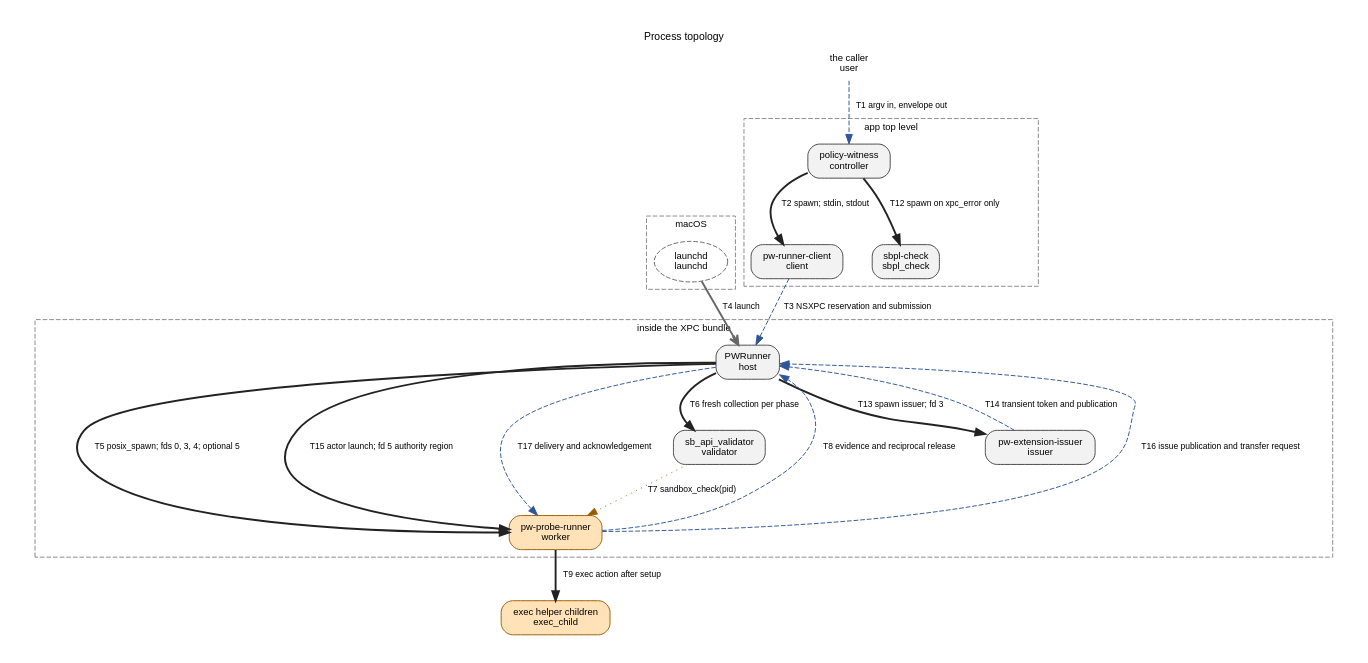
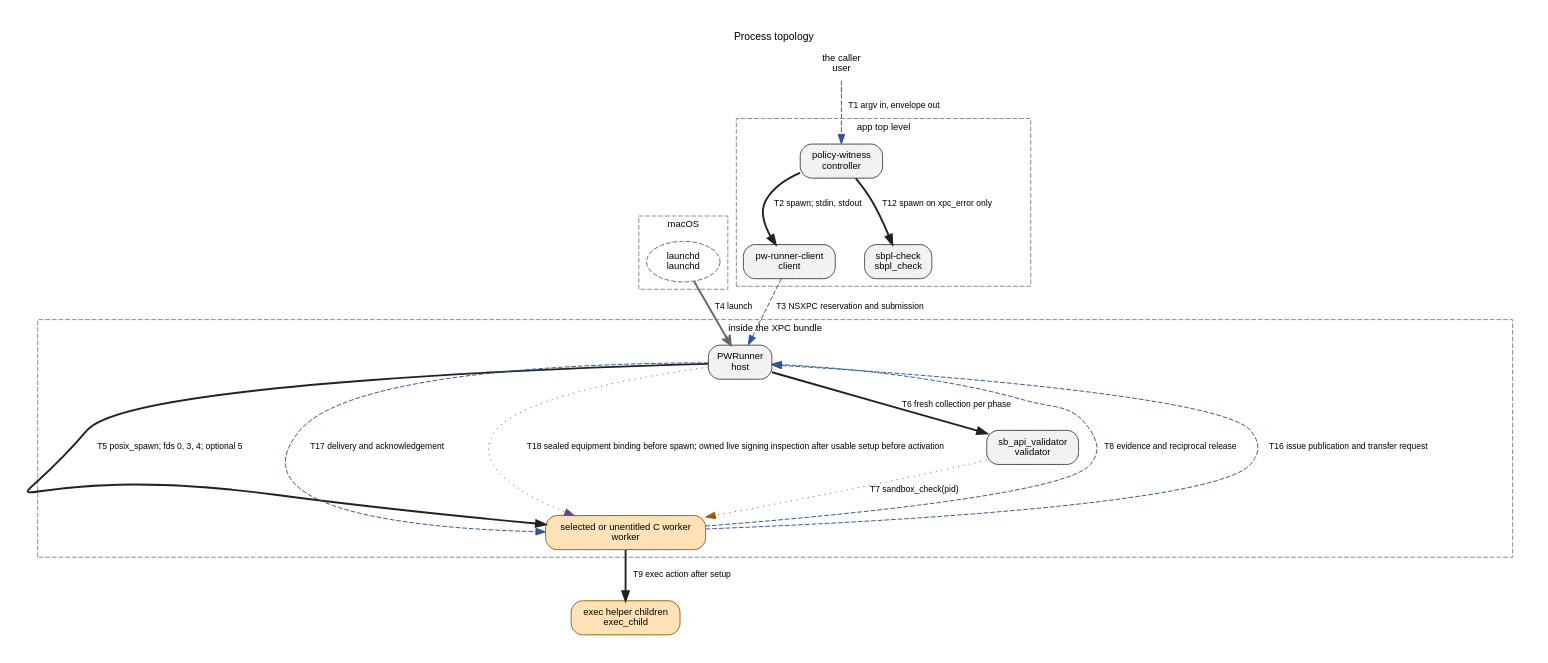
Before and after one commit to Protonk/PolicyWitness: the diagram in docs/architecture-topology.dot, drawn with Graphviz. The commit also changed 467 other files, not shown here.

```diff
--- a/docs/architecture-topology.dot
+++ b/docs/architecture-topology.dot
@@ -1,47 +1,43 @@
 digraph topology {
     graph [rankdir=TB, bgcolor="white", fontname="Helvetica", fontsize=11, label="Process topology", labelloc=t, pad=0.3, nodesep=0.35, ranksep=0.6];
     node [fontname="Helvetica", fontsize=10];
     edge [fontname="Helvetica", fontsize=9];
     subgraph cluster_app {
         label="app top level"; style=dashed; color="#888888"; fontsize=10;
         controller;
         client;
         sbpl_check;
     }
     subgraph cluster_xpc {
         label="inside the XPC bundle"; style=dashed; color="#888888"; fontsize=10;
         host;
         worker;
         validator;
-        issuer;
     }
     subgraph cluster_os {
         label="macOS"; style=dashed; color="#888888"; fontsize=10;
         launchd;
     }
     user [shape="plaintext", label="the caller\nuser", URL="ARCHITECTURE.md#process-topology-nodes", tooltip="user: the caller | a shell or a harness; owns the request file and reads the envelope "];
     controller [shape="box", style="rounded,filled", fillcolor="#f2f2f2", color="#444444", label="policy-witness\ncontroller", URL="ARCHITECTURE.md#process-topology-nodes", tooltip="controller: policy-witness | Rust; app top level; the caller; no; none; one run "];
     client [shape="box", style="rounded,filled", fillcolor="#f2f2f2", color="#444444", label="pw-runner-client\nclient", URL="ARCHITECTURE.md#process-topology-nodes", tooltip="client: pw-runner-client | Swift; app top level; the controller; no; none; one helper per request; effect-free reservation attempts and the single execution invocation share one absolute deadline "];
     host [shape="box", style="rounded,filled", fillcolor="#f2f2f2", color="#444444", label="PWRunner\nhost", URL="ARCHITECTURE.md#process-topology-nodes", tooltip="host: PWRunner | Swift; inside the XPC bundle; launchd: XPC service lookup, or a Mach service for BYOXPC; no; none, by the invariance rule; actor-form token custody copies, compares and erases bytes without a sandbox call; one reservation and at most one specimen; unused reservation expiry or abandonment retires the host; terminal reply flush delay 50 milliseconds is best effort All authorized connections share one locked reservation slot. Only the connection holding its grant can consume it, before specimen decoding. Stale expiry or disconnect cannot retire an executing owner; client loss after submission never permits replay."];
-    worker [shape="box", style="rounded,filled", fillcolor="#ffe2b8", color="#9a5b00", label="pw-probe-runner\nworker", URL="ARCHITECTURE.md#process-topology-nodes", tooltip="worker: pw-probe-runner | C; inside the XPC bundle; the host; applies its supplied policy once; an unapplied actor declares setup without application; sandbox_compile_string, params, sandbox_apply; sandbox_extension_consume and sandbox_extension_release; sandbox_extension_issue_file in an actor; one specimen in the single-worker form, or one actor of an actor-form specimen; one application (none for an unapplied actor) and all of its ordered visits; parked between visits; terminal publication exits without host permission "];
+    worker [shape="box", style="rounded,filled", fillcolor="#ffe2b8", color="#9a5b00", label="selected or unentitled C worker\nworker", URL="ARCHITECTURE.md#process-topology-nodes", tooltip="worker: selected or unentitled C worker | C; inside the XPC bundle; the host; equipment is independent of apply/unapplied; inherited restrictions remain; sandbox_compile_string, params, sandbox_apply; actor sandbox_extension_issue_file, consume and release; one specimen in the single-worker form, or one actor of an actor-form specimen; one application (none for an unapplied actor) and all of its ordered visits; parked between visits; terminal publication exits without host permission "];
     exec_child [shape="box", style="rounded,filled", fillcolor="#ffe2b8", color="#9a5b00", label="exec helper children\nexec_child", URL="ARCHITECTURE.md#process-topology-nodes", tooltip="exec_child: exec helper children | caller-supplied; the caller's path; the worker; inherit the worker's sandbox; none of PolicyWitness's; the worker bounds collection and leader reap; ordinary completion and worker death can leave same-group descendants alive; escaped descendants are not contained "];
     validator [shape="box", style="rounded,filled", fillcolor="#f2f2f2", color="#444444", label="sb_api_validator\nvalidator", URL="ARCHITECTURE.md#process-topology-nodes", tooltip="validator: sb_api_validator | C; inside the XPC bundle; the host at each eligible phase arrival; no; sandbox_check; one phase collection "];
     sbpl_check [shape="box", style="rounded,filled", fillcolor="#f2f2f2", color="#444444", label="sbpl-check\nsbpl_check", URL="ARCHITECTURE.md#process-topology-nodes", tooltip="sbpl_check: sbpl-check | Rust; app top level; the controller, only for an admitted client terminal xpc_error; no; sandbox_compile_string and params; never applies; one compile per helper process; the controller invokes a helper for the held request and one for each selected actor policy, potentially before host admission "];
     launchd [shape="ellipse", style="dashed", color="#666666", label="launchd\nlaunchd", URL="ARCHITECTURE.md#process-topology-nodes", tooltip="launchd: launchd | OS; system; no; none "];
-    issuer [shape="box", style="rounded,filled", fillcolor="#f2f2f2", color="#444444", label="pw-extension-issuer\nissuer", URL="ARCHITECTURE.md#process-topology-nodes", tooltip="issuer: pw-extension-issuer | inside the XPC bundle; one declaration before worker creation; confirmed clean reap required for delivery; C; the host; outside the specimen policy; ordinary process authority; sandbox_extension_issue_file "];
     user -> controller [style="dashed", color="#2f5597", label="T1 argv in, envelope out", URL="ARCHITECTURE.md#process-topology-edges", tooltip="T1: argv in; one JSON envelope on stdout |  "];
     controller -> client [style="bold", color="#222222", label="T2 spawn; stdin, stdout", URL="ARCHITECTURE.md#process-topology-edges", tooltip="T2: spawn once; held request on stdin, read to EOF; versioned client capture on stdout |  "];
     client -> host [style="dashed", color="#2f5597", label="T3 NSXPC reservation and submission", URL="ARCHITECTURE.md#process-topology-edges", tooltip="T3: effect-free NSXPC reservation, then one runReservedSpecimen call and its reply |  "];
     launchd -> host [style="bold", color="#666666", arrowhead="vee", label="T4 launch", URL="ARCHITECTURE.md#process-topology-edges", tooltip="T4: start on XPC lookup, or as a Mach service (BYOXPC) |  "];
     host -> worker [style="bold", color="#222222", label="T5 posix_spawn; fds 0, 3, 4; optional 5", URL="ARCHITECTURE.md#process-topology-edges", tooltip="T5: posix_spawn; fd 0 policy pipe, fd 3 shared region, fd 4 ready pipe; optional fd 5 transient token channel |  Policy delivery uses nonblocking writes under one absolute monotonic deadline (the worker_policy_transfer limit) beginning after spawn. Expiry closes input and enters cleanup before readiness or sentinel polling. The pipe carries no framing: the host writes the submission's byte count into the shared header before spawn, and the worker at EOF publishes the count it read and refuses a different length before compiling."];
     host -> validator [style="bold", color="#222222", label="T6 fresh collection per phase", URL="ARCHITECTURE.md#process-topology-edges", tooltip="T6: fresh posix_spawn --batch <pid> per eligible phase; bundle-local default or explicit override; bounded NDJSON |  "];
     validator -> worker [style="dotted", color="#9a5b00", label="T7 sandbox_check(pid)", URL="ARCHITECTURE.md#process-topology-edges", tooltip="T7: sandbox_check against the worker PID, with SANDBOX_CHECK_NO_REPORT |  "];
     worker -> host [style="dashed", color="#2f5597", label="T8 evidence and reciprocal release", URL="ARCHITECTURE.md#process-topology-edges", tooltip="T8: shared-region worker arrivals, acknowledgements, completions and native observations; reciprocal host numbered releases hold requested actions |  "];
     worker -> exec_child [style="bold", color="#222222", label="T9 exec action after setup", URL="ARCHITECTURE.md#process-topology-edges", tooltip="T9: posix_spawn inside an exec action after setup (after apply when supplied); stdout/stderr pipes into bounded slot buffers; excluded for authority-participating actors |  "];
     controller -> sbpl_check [style="bold", color="#222222", label="T12 spawn on xpc_error only", URL="ARCHITECTURE.md#process-topology-edges", tooltip="T12: spawn only for an admitted client terminal xpc_error; held-request diagnostic plus independently associated actor-policy diagnostics; host request admission may not have occurred |  "];
-    host -> issuer [style="bold", color="#222222", label="T13 spawn issuer; fd 3", URL="ARCHITECTURE.md#process-topology-edges", tooltip="T13: fresh ordinary-authority issuer; fd 3 token mapping, stdio /dev/null, empty environment |  Declaration form only: issuer wait 5,000 milliseconds; cleanup may overrun. Missing capability refuses declaration-form extension specimens."];
-    issuer -> host [style="dashed", color="#2f5597", label="T14 transient token and publication", URL="ARCHITECTURE.md#process-topology-edges", tooltip="T14: native issuance publication and bounded transient token bytes; host owns cleanup and delivery eligibility |  Token storage 16,384 bytes; raw bytes never enter reply fields."];
-    host -> worker [style="bold", color="#222222", label="T15 actor launch; fd 5 authority region", URL="ARCHITECTURE.md#process-topology-edges", tooltip="T15: actor form: posix_spawn with an empty environment, stdin policy pipe, null stdout/stderr and CLOEXEC_DEFAULT; fd 5 the actor's own authority region; activation ordinal and shared lifetime cutoff in the evidence header |  One region per actor, mapped by the host before launch and by that actor before application; a validator or another actor never maps it. Setup allowance 10,000 milliseconds; lifetime cutoff 180,000 milliseconds."];
     worker -> host [style="dashed", color="#2f5597", label="T16 issue publication and transfer request", URL="ARCHITECTURE.md#process-topology-edges", tooltip="T16: one-shot outbound publication per admitted issue and a distinct request/answer cell per transfer; the host owns published outbound bytes until copying or rejection and erasure |  Exchange allowance 5,000 milliseconds on each side; expiry is a transport status, never a native result. A later operation cannot reuse the expired operation's payload or answer cell. Host answer and completed source action are separate observations; a source timeout can still complete its phase."];
     host -> worker [style="dashed", color="#2f5597", label="T17 delivery and acknowledgement", URL="ARCHITECTURE.md#process-topology-edges", tooltip="T17: delivery into the recipient's assigned inbound slot; the parked recipient validates framing and its preassigned source/action/delivery before acknowledging without consuming |  Recipient framing acknowledgement precedes host byte equality and usable/failed settlement, then the source answer. Consumption requires committed, accepted, usable settlement. Private custody erases at last declared transfer use, including failed delivery; shared teardown erasure requires a reaped or never-launched owner."];
+    host -> worker [color="#70428c", style="dotted", label="T18 sealed equipment binding before spawn; owned live signing inspection after usable setup before activation", URL="ARCHITECTURE.md#process-topology-edges", tooltip="T18: sealed equipment binding before spawn; owned live signing inspection after usable setup before activation |  Constructed signing observations exercise complete two-role binding, per-actor boolean requirements, explicit fixture provenance, live path mismatch, process association and ownership/deadline refusal. They do not establish native signature validity or effective authority."];
 }
```
